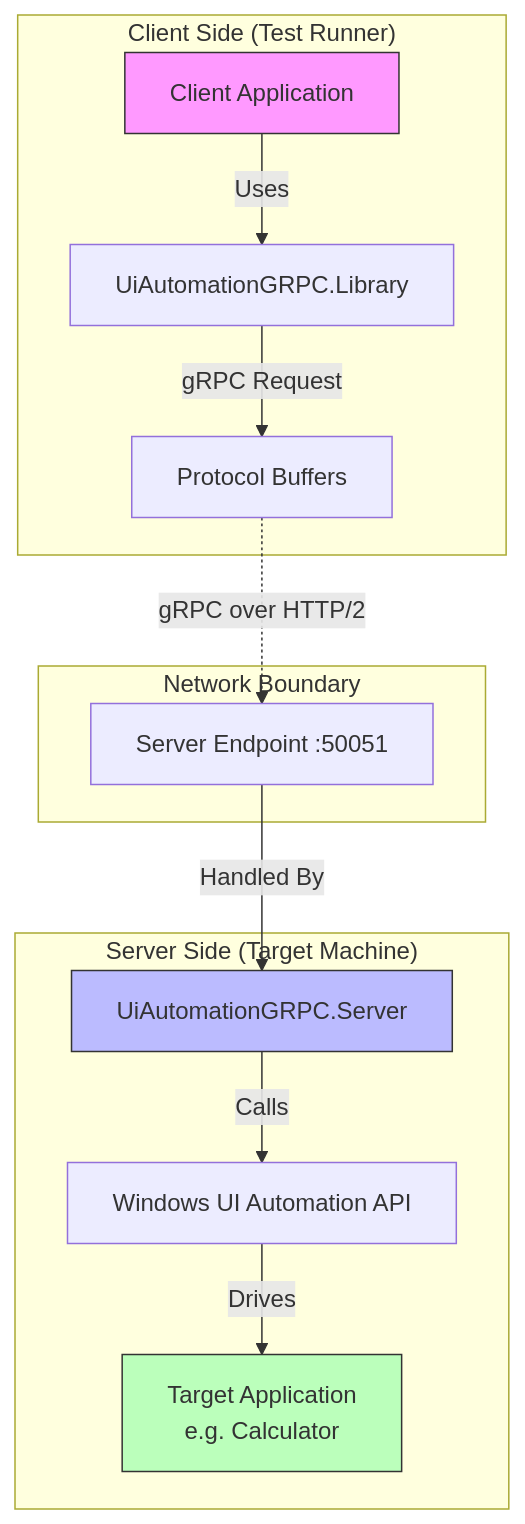
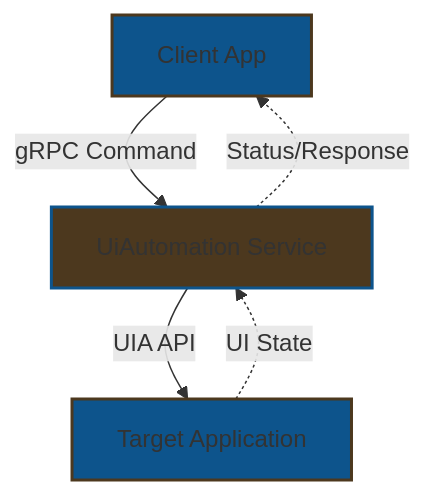
Before and after one commit to Donsezan/UiAutomationGRPC: the diagram in README.md, drawn with Mermaid.

````diff
--- a/README.md
+++ b/README.md
@@ -21,21 +21,14 @@
 ```mermaid
 graph TD
-    subgraph "Client Side (Test Runner)"
-        ClientApp[Client Application] -->|Uses| Lib[UiAutomationGRPC.Library]
-        Lib -->|gRPC Request| Proto[Protocol Buffers]
-    end
+    Client[Client App] -->|gRPC Command| Server[UiAutomation Service]
+    Server -->|UIA API| Target[Target Application]
+    Target -.->|UI State| Server
+    Server -.->|Status/Response| Client
+    classDef client fill:#0d548c,stroke:#4c381e,stroke-width:2px;
+    classDef server fill:#4c381e,stroke:#0d548c,stroke-width:2px;
+    classDef target fill:#0d548c,stroke:#4c381e,stroke-width:2px;
 
-    subgraph "Network Boundary"
-        Proto -.->|gRPC over HTTP/2| ServerEndpoint[Server Endpoint :50051]
-    end
-
-    subgraph "Server Side (Target Machine)"
-        ServerEndpoint -->|Handled By| Service[UiAutomationGRPC.Server]
-        Service -->|Calls| UIA[Windows UI Automation API]
-        UIA -->|Drives| TargetApp[Target Application\ne.g. Calculator]
-    end
-
-    style ClientApp fill:#f9f,stroke:#333
-    style Service fill:#bbf,stroke:#333
-    style TargetApp fill:#bfb,stroke:#333
+    class Client client;
+    class Server server;
+    class Target target;
 ```
````
